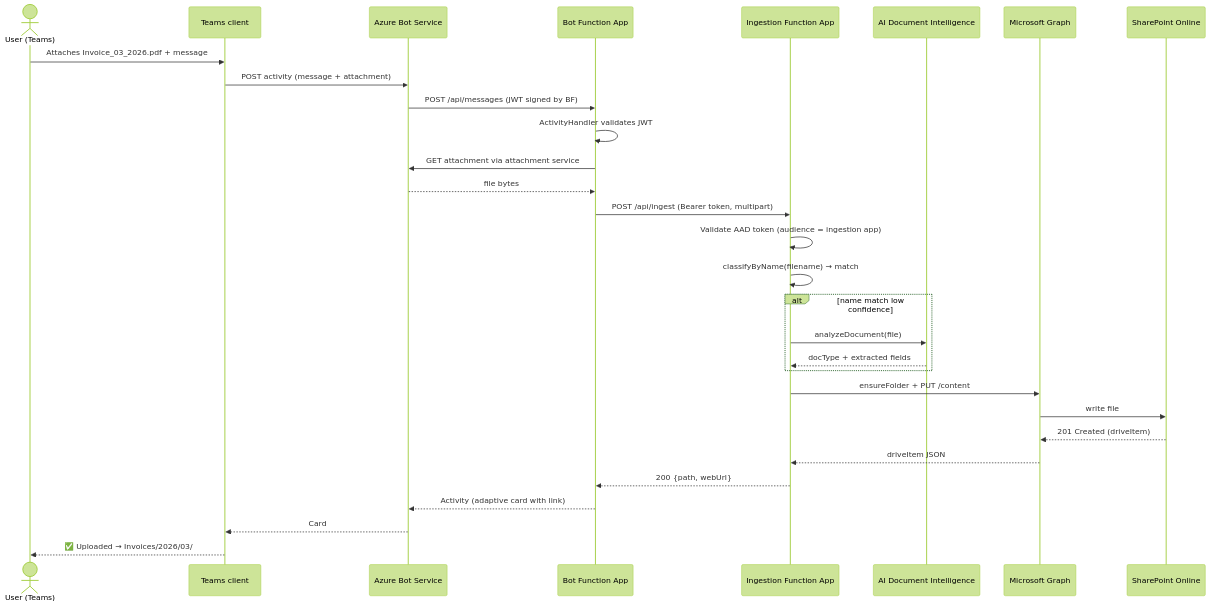
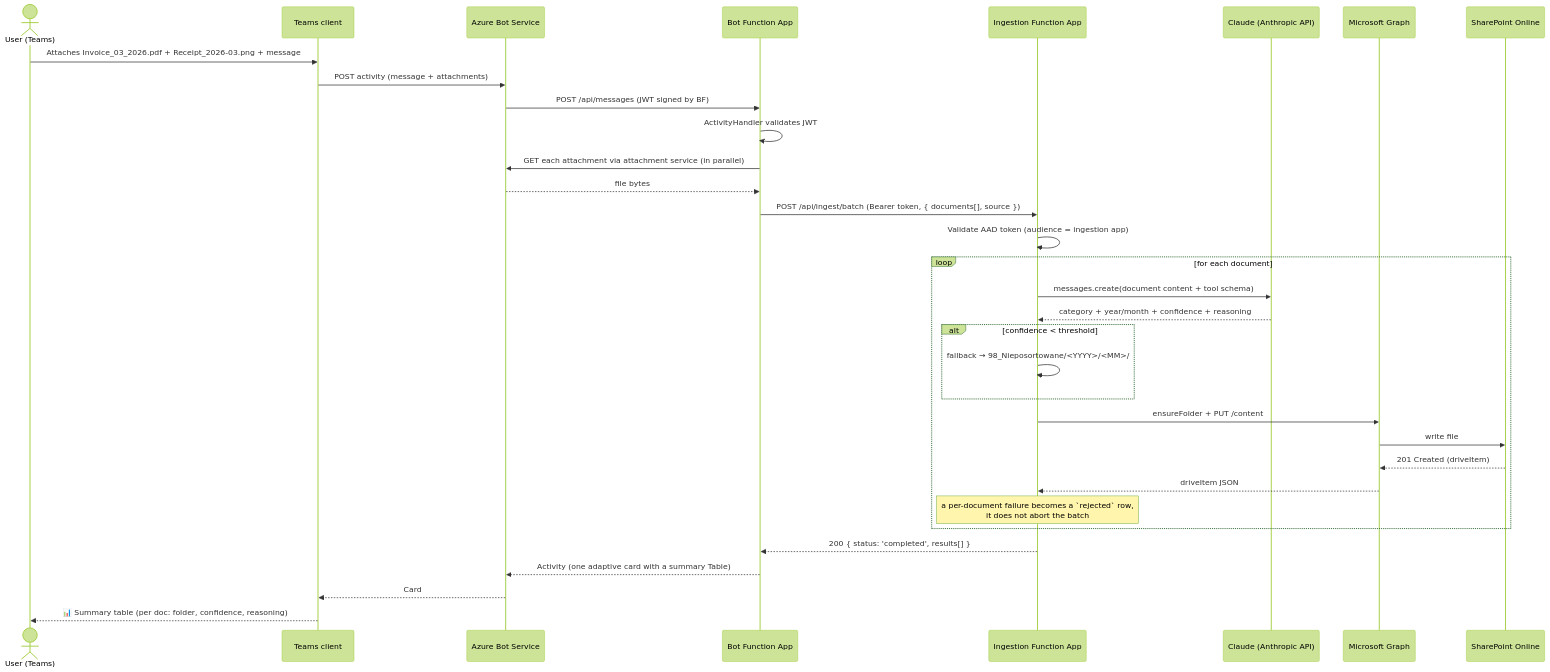
The diagram in ARCHITECTURE.md (cheekeebreekee/bcr-ledger-agent), drawn with Mermaid (forest theme) before and after one commit. The commit also changed other lines of this file and 48 other files, not shown here.

````diff
--- a/ARCHITECTURE.md
+++ b/ARCHITECTURE.md
@@ -44,33 +45,36 @@
 ```mermaid
 sequenceDiagram
   actor U as User (Teams)
   participant TC as Teams client
   participant BS as Azure Bot Service
   participant FB as Bot Function App
   participant FI as Ingestion Function App
-  participant DI as AI Document Intelligence
+  participant CL as Claude (Anthropic API)
   participant GR as Microsoft Graph
   participant SP as SharePoint Online
 
-  U->>TC: Attaches Invoice_03_2026.pdf + message
-  TC->>BS: POST activity (message + attachment)
+  U->>TC: Attaches Invoice_03_2026.pdf + Receipt_2026-03.png + message
+  TC->>BS: POST activity (message + attachments)
   BS->>FB: POST /api/messages (JWT signed by BF)
   FB->>FB: ActivityHandler validates JWT
-  FB->>BS: GET attachment via attachment service
+  FB->>BS: GET each attachment via attachment service (in parallel)
   BS-->>FB: file bytes
-  FB->>FI: POST /api/ingest (Bearer token, multipart)
+  FB->>FI: POST /api/ingest/batch (Bearer token, { documents[], source })
   FI->>FI: Validate AAD token (audience = ingestion app)
-  FI->>FI: classifyByName(filename) → match
-  alt name match low confidence
-    FI->>DI: analyzeDocument(file)
-    DI-->>FI: docType + extracted fields
+  loop for each document
+    FI->>CL: messages.create(document content + tool schema)
+    CL-->>FI: category + year/month + confidence + reasoning
+    alt confidence < threshold
+      FI->>FI: fallback → 98_Nieposortowane/<YYYY>/<MM>/
+    end
+    FI->>GR: ensureFolder + PUT /content
+    GR->>SP: write file
+    SP-->>GR: 201 Created (driveItem)
+    GR-->>FI: driveItem JSON
+    Note over FI: a per-document failure becomes a `rejected` row,<br/>it does not abort the batch
   end
-  FI->>GR: ensureFolder + PUT /content
-  GR->>SP: write file
-  SP-->>GR: 201 Created (driveItem)
-  GR-->>FI: driveItem JSON
-  FI-->>FB: 200 {path, webUrl}
-  FB-->>BS: Activity (adaptive card with link)
+  FI-->>FB: 200 { status: 'completed', results[] }
+  FB-->>BS: Activity (one adaptive card with a summary Table)
   BS-->>TC: Card
-  TC-->>U: ✅ Uploaded → Invoices/2026/03/
+  TC-->>U: 📊 Summary table (per doc: folder, confidence, reasoning)
 ```
````
